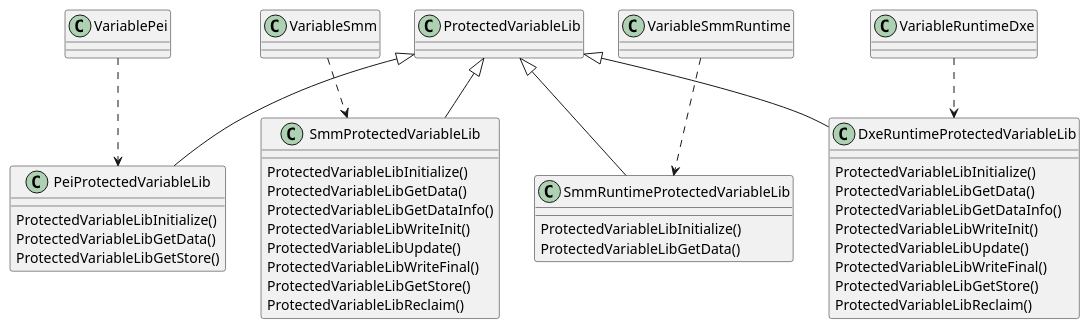
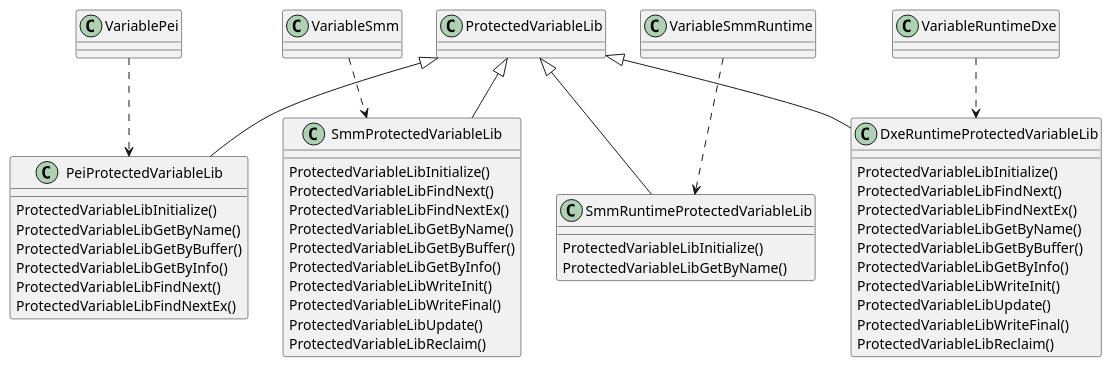
Before and after one commit to jwang36/edk2-staging: the diagram in ProtectedVariableLib.puml, drawn with PlantUML. The commit also changed 13 other files, not shown here.

Commit message:
ProtectedVariableLib: updated flow in readme.md

```diff
--- a/ProtectedVariableLib.puml
+++ b/ProtectedVariableLib.puml
@@ -1,35 +1,42 @@
 @startuml ProtectedVariableLib instances
     ProtectedVariableLib <|-- PeiProtectedVariableLib
     PeiProtectedVariableLib : ProtectedVariableLibInitialize()
-    PeiProtectedVariableLib : ProtectedVariableLibGetData()
-    PeiProtectedVariableLib : ProtectedVariableLibGetStore()
+    PeiProtectedVariableLib : ProtectedVariableLibGetByName()
+    PeiProtectedVariableLib : ProtectedVariableLibGetByBuffer()
+    PeiProtectedVariableLib : ProtectedVariableLibGetByInfo()
+    PeiProtectedVariableLib : ProtectedVariableLibFindNext()
+    PeiProtectedVariableLib : ProtectedVariableLibFindNextEx()
 
     ProtectedVariableLib <|-- SmmProtectedVariableLib
     SmmProtectedVariableLib : ProtectedVariableLibInitialize()
-    SmmProtectedVariableLib : ProtectedVariableLibGetData()
-    SmmProtectedVariableLib : ProtectedVariableLibGetDataInfo()
+    SmmProtectedVariableLib : ProtectedVariableLibFindNext()
+    SmmProtectedVariableLib : ProtectedVariableLibFindNextEx()
+    SmmProtectedVariableLib : ProtectedVariableLibGetByName()
+    SmmProtectedVariableLib : ProtectedVariableLibGetByBuffer()
+    SmmProtectedVariableLib : ProtectedVariableLibGetByInfo()
     SmmProtectedVariableLib : ProtectedVariableLibWriteInit()
+    SmmProtectedVariableLib : ProtectedVariableLibWriteFinal()
     SmmProtectedVariableLib : ProtectedVariableLibUpdate()
-    SmmProtectedVariableLib : ProtectedVariableLibWriteFinal()
-    SmmProtectedVariableLib : ProtectedVariableLibGetStore()
     SmmProtectedVariableLib : ProtectedVariableLibReclaim()
 
     ProtectedVariableLib <|-- SmmRuntimeProtectedVariableLib
     SmmRuntimeProtectedVariableLib : ProtectedVariableLibInitialize()
-    SmmRuntimeProtectedVariableLib : ProtectedVariableLibGetData()
+    SmmRuntimeProtectedVariableLib : ProtectedVariableLibGetByName()
 
     ProtectedVariableLib <|-- DxeRuntimeProtectedVariableLib
     DxeRuntimeProtectedVariableLib : ProtectedVariableLibInitialize()
-    DxeRuntimeProtectedVariableLib : ProtectedVariableLibGetData()
-    DxeRuntimeProtectedVariableLib : ProtectedVariableLibGetDataInfo()
+    DxeRuntimeProtectedVariableLib : ProtectedVariableLibFindNext()
+    DxeRuntimeProtectedVariableLib : ProtectedVariableLibFindNextEx()
+    DxeRuntimeProtectedVariableLib : ProtectedVariableLibGetByName()
+    DxeRuntimeProtectedVariableLib : ProtectedVariableLibGetByBuffer()
+    DxeRuntimeProtectedVariableLib : ProtectedVariableLibGetByInfo()
     DxeRuntimeProtectedVariableLib : ProtectedVariableLibWriteInit()
     DxeRuntimeProtectedVariableLib : ProtectedVariableLibUpdate()
     DxeRuntimeProtectedVariableLib : ProtectedVariableLibWriteFinal()
-    DxeRuntimeProtectedVariableLib : ProtectedVariableLibGetStore()
     DxeRuntimeProtectedVariableLib : ProtectedVariableLibReclaim()
 
     VariablePei ..> PeiProtectedVariableLib
     VariableSmm ..> SmmProtectedVariableLib
     VariableSmmRuntime ..> SmmRuntimeProtectedVariableLib
     VariableRuntimeDxe ..> DxeRuntimeProtectedVariableLib
 @enduml
```
